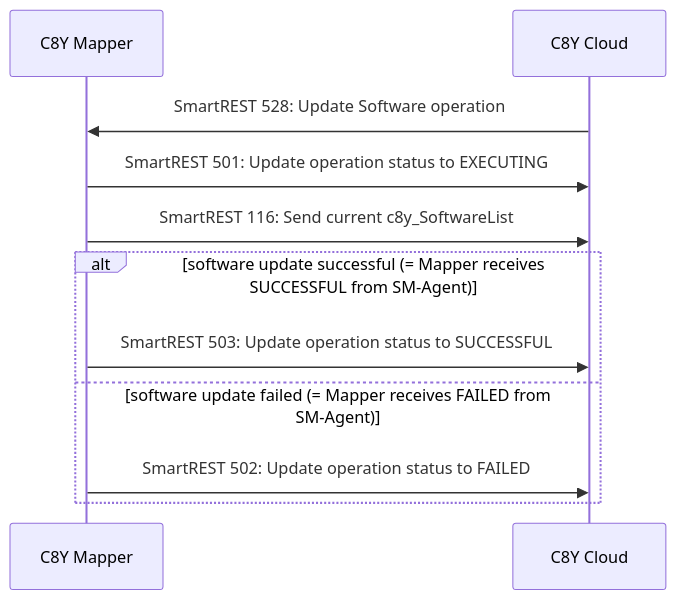
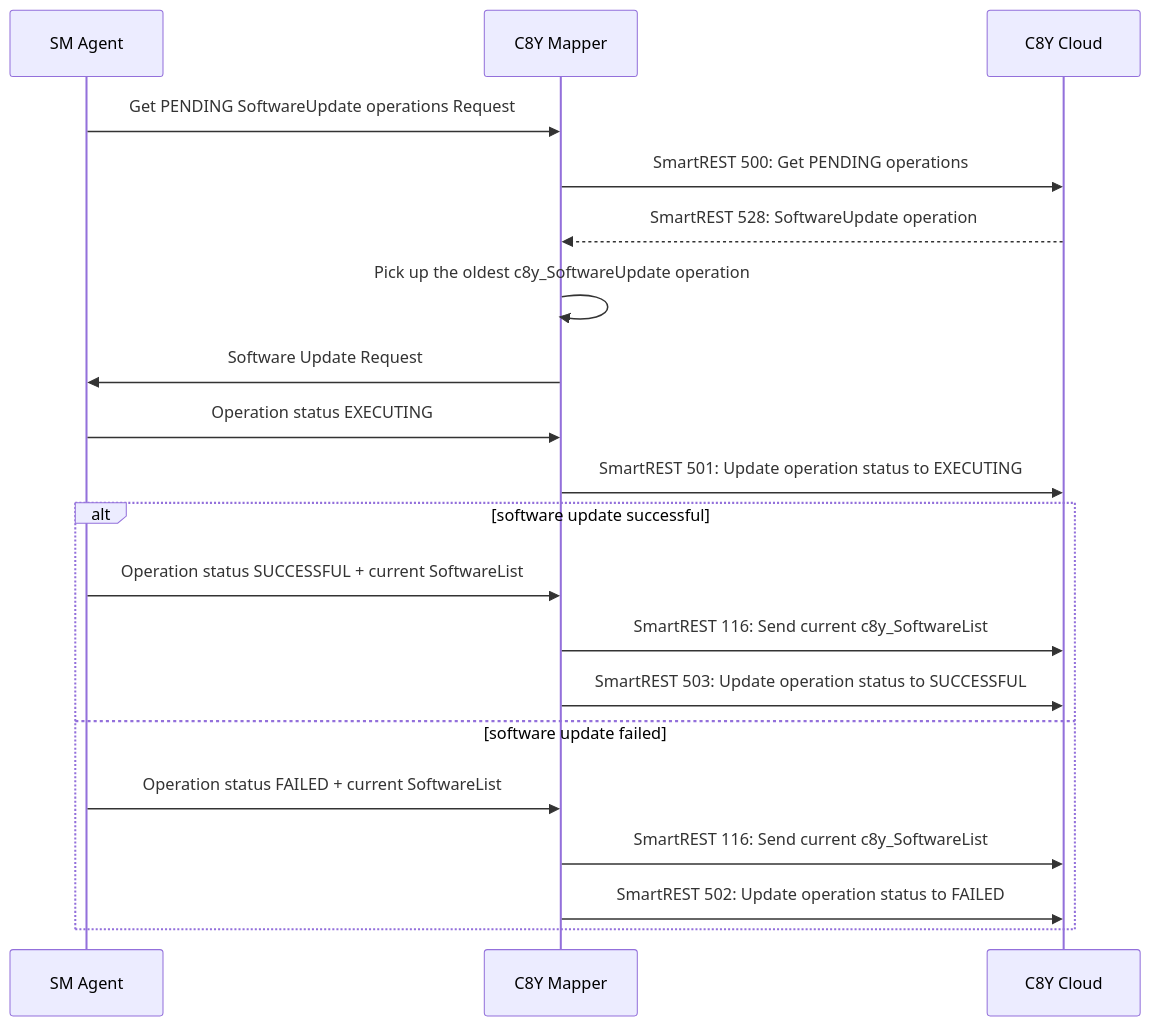
One commit to thin-edge/thin-edge.io-specs changed the second of 3 diagrams in src/software-management/contract-c8y-software-update.md. Above: the diagram before and after it, drawn with Mermaid. The commit also changed other lines of this file, not shown here.

Commit message:
Aligned with SM Agent specification.

````diff
--- a/src/software-management/contract-c8y-software-update.md
+++ b/src/software-management/contract-c8y-software-update.md
@@ -37,15 +31,29 @@
 ```mermaid
 sequenceDiagram
+    participant SM Agent
     participant C8Y Mapper
     participant C8Y Cloud
 
-    C8Y Cloud ->> C8Y Mapper: SmartREST 528: Update Software operation
+    SM Agent ->> C8Y Mapper: Get PENDING SoftwareUpdate operations Request
+    C8Y Mapper ->> C8Y Cloud: SmartREST 500: Get PENDING operations
+
+    C8Y Cloud -->> C8Y Mapper: SmartREST 528: SoftwareUpdate operation
+    
+    C8Y Mapper ->> C8Y Mapper: Pick up the oldest c8y_SoftwareUpdate operation
+    
+    C8Y Mapper ->> SM Agent: Software Update Request
+
+    SM Agent ->> C8Y Mapper: Operation status EXECUTING
     C8Y Mapper ->> C8Y Cloud: SmartREST 501: Update operation status to EXECUTING
-
-    C8Y Mapper ->> C8Y Cloud: SmartREST 116: Send current c8y_SoftwareList
-    alt software update successful (= Mapper receives SUCCESSFUL from SM-Agent)
+    
+    alt software update successful
+        SM Agent ->> C8Y Mapper: Operation status SUCCESSFUL + current SoftwareList
+        C8Y Mapper ->> C8Y Cloud: SmartREST 116: Send current c8y_SoftwareList
         C8Y Mapper ->> C8Y Cloud: SmartREST 503: Update operation status to SUCCESSFUL
-    else software update failed (= Mapper receives FAILED from SM-Agent)
+    else software update failed
+        SM Agent ->> C8Y Mapper: Operation status FAILED + current SoftwareList
+        C8Y Mapper ->> C8Y Cloud: SmartREST 116: Send current c8y_SoftwareList
         C8Y Mapper ->> C8Y Cloud: SmartREST 502: Update operation status to FAILED
     end
+
 ```
````
